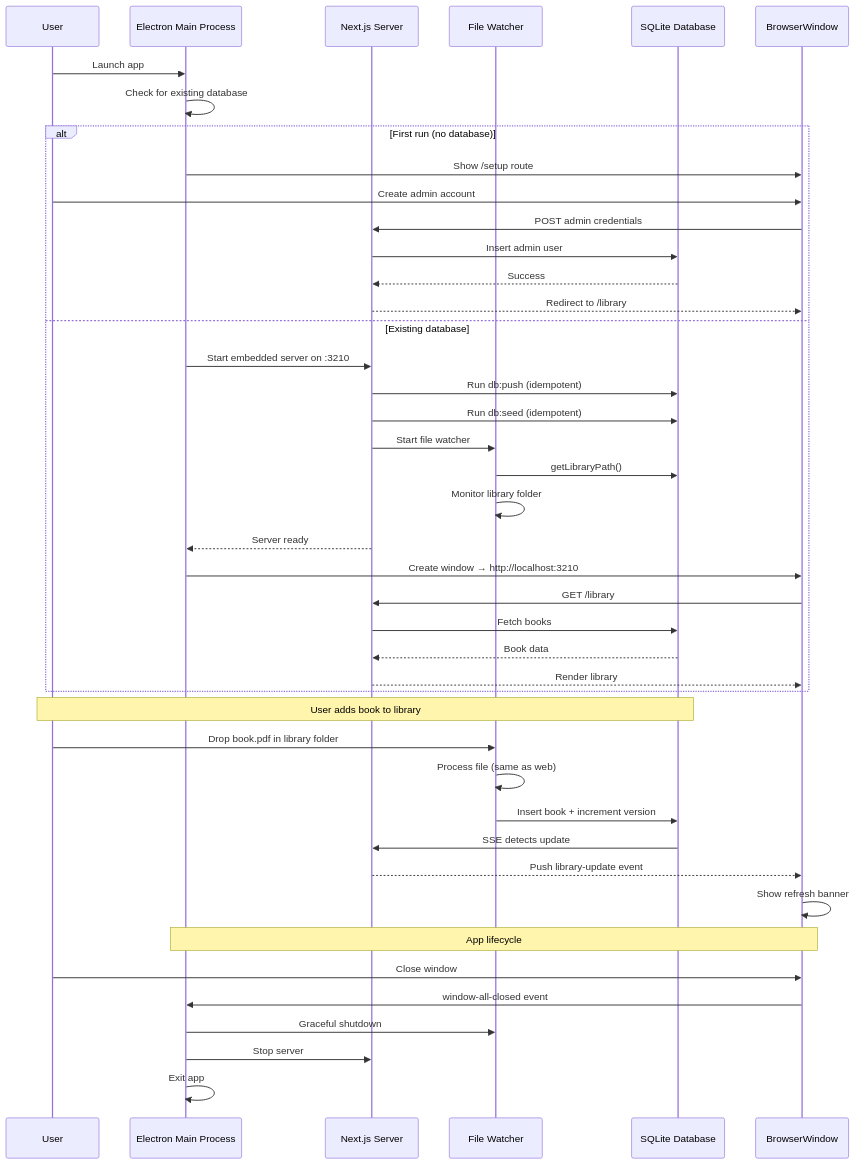
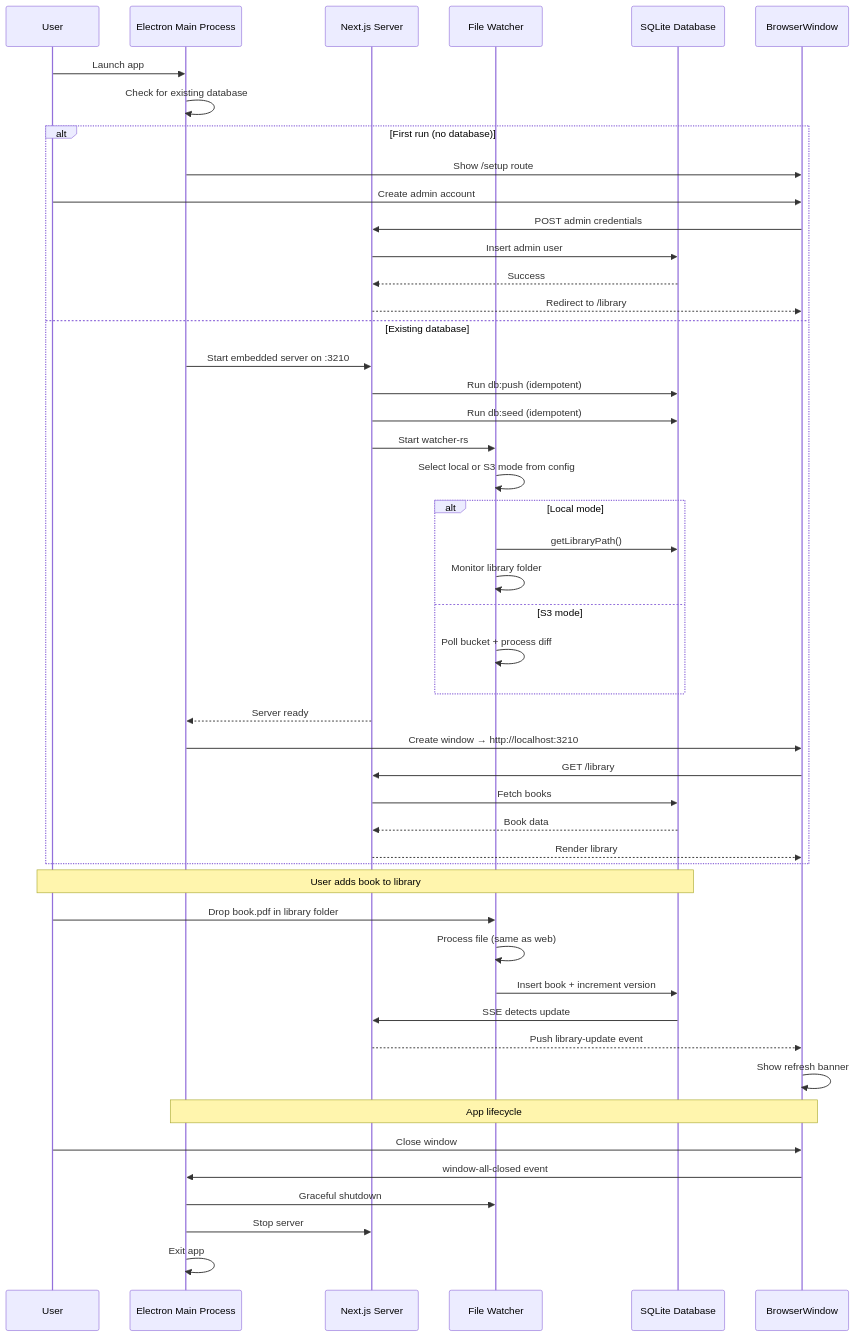
Before and after one commit to jamesacklin/alex: the tenth of 10 diagrams in docs/design/sequence-diagrams.md, drawn with Mermaid. The commit also changed other lines of this file and 5 other files, not shown here.

Commit message:
add google drive integration; refactor s3 bucket integration; unify file serving; adjust db schema for source metadata; implement sync logic for drive and s3; maintain reader contract; add admin ui for s3 settings

````diff
--- a/docs/design/sequence-diagrams.md
+++ b/docs/design/sequence-diagrams.md
@@ -549,49 +616,54 @@
 ```mermaid
 sequenceDiagram
     participant User
     participant Electron as Electron Main Process
     participant Next as Next.js Server
     participant Watcher as File Watcher
     participant DB as SQLite Database
     participant Browser as BrowserWindow
 
     User->>Electron: Launch app
     Electron->>Electron: Check for existing database
 
     alt First run (no database)
         Electron->>Browser: Show /setup route
         User->>Browser: Create admin account
         Browser->>Next: POST admin credentials
         Next->>DB: Insert admin user
         DB-->>Next: Success
         Next-->>Browser: Redirect to /library
     else Existing database
         Electron->>Next: Start embedded server on :3210
         Next->>DB: Run db:push (idempotent)
         Next->>DB: Run db:seed (idempotent)
-        Next->>Watcher: Start file watcher
-        Watcher->>DB: getLibraryPath()
-        Watcher->>Watcher: Monitor library folder
+        Next->>Watcher: Start watcher-rs
+        Watcher->>Watcher: Select local or S3 mode from config
+        alt Local mode
+            Watcher->>DB: getLibraryPath()
+            Watcher->>Watcher: Monitor library folder
+        else S3 mode
+            Watcher->>Watcher: Poll bucket + process diff
+        end
         Next-->>Electron: Server ready
         Electron->>Browser: Create window → http://localhost:3210
         Browser->>Next: GET /library
         Next->>DB: Fetch books
         DB-->>Next: Book data
         Next-->>Browser: Render library
     end
 
     Note over User,DB: User adds book to library
     User->>Watcher: Drop book.pdf in library folder
     Watcher->>Watcher: Process file (same as web)
     Watcher->>DB: Insert book + increment version
     DB->>Next: SSE detects update
     Next-->>Browser: Push library-update event
     Browser->>Browser: Show refresh banner
 
     Note over Electron,Browser: App lifecycle
     User->>Browser: Close window
     Browser->>Electron: window-all-closed event
     Electron->>Watcher: Graceful shutdown
     Electron->>Next: Stop server
     Electron->>Electron: Exit app
 ```
````
